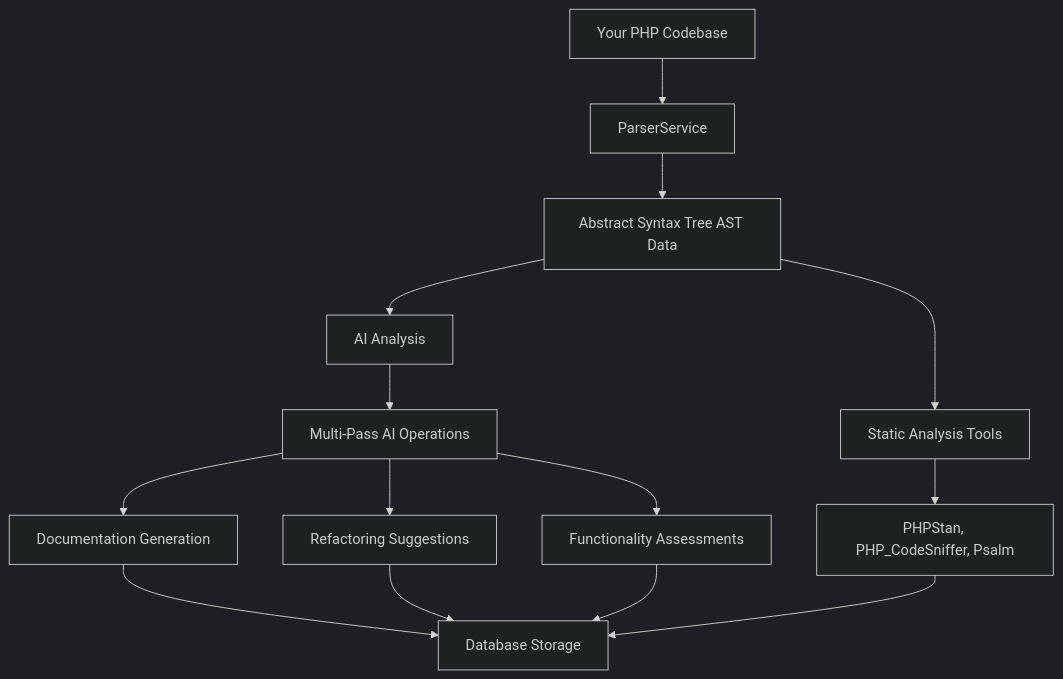
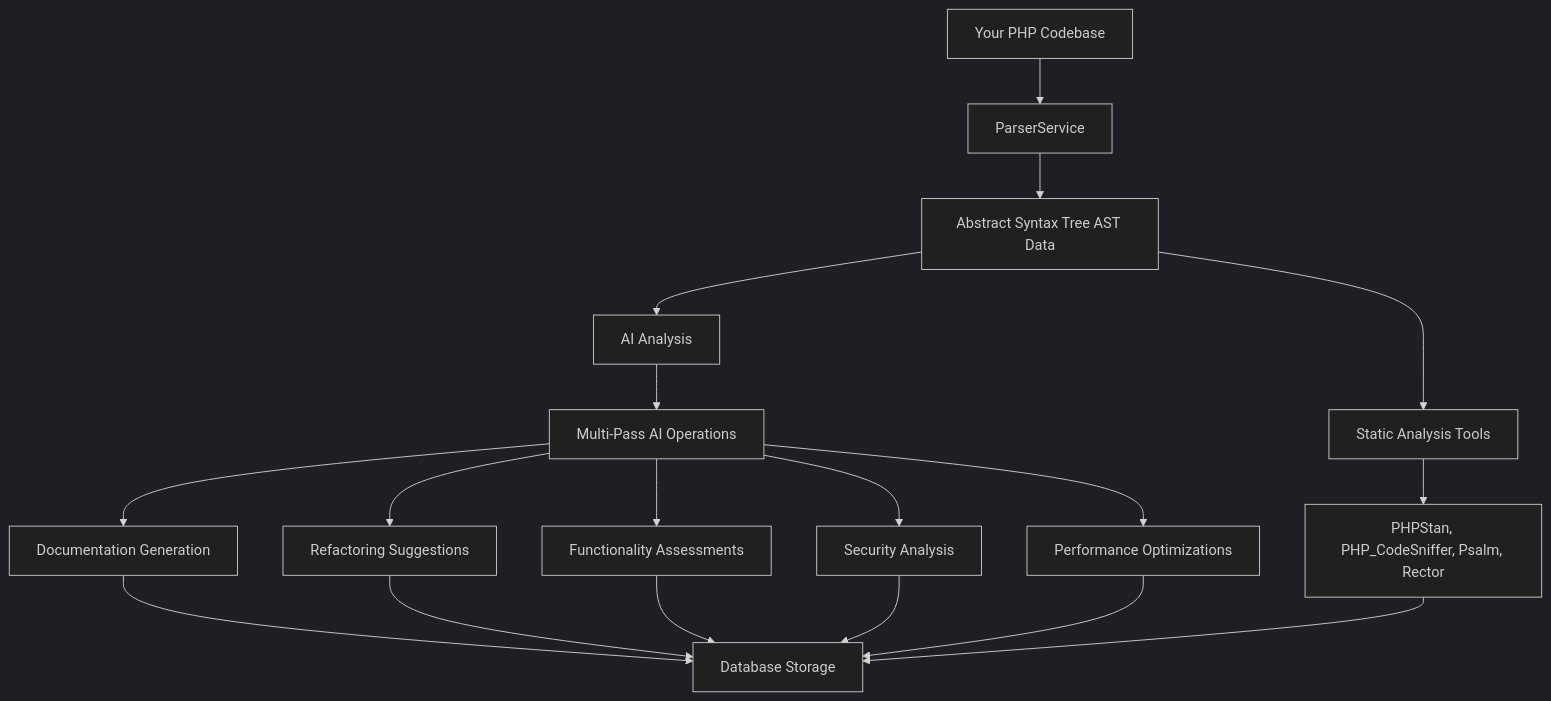
One commit to wallter/laravel-ai-code-analysis changed the first of 2 diagrams in README.md. Above: the diagram before and after it, drawn with Mermaid (dark theme). The commit also changed other lines of this file, not shown here.

Commit message:
docs: Update README.md to include new tools and usage instructions

````diff
--- a/README.md
+++ b/README.md
@@ -60,16 +62,20 @@
 ```mermaid
 graph TD;
     PHP_Codebase[Your PHP Codebase] --> ParserService;
     ParserService --> AST[Abstract Syntax Tree AST Data];
     AST --> StaticAnalysis[Static Analysis Tools];
     AST --> AI_Analysis[AI Analysis];
-    StaticAnalysis --> Tools[PHPStan, PHP_CodeSniffer, Psalm];
+    StaticAnalysis --> Tools[PHPStan, PHP_CodeSniffer, Psalm, Rector];
     AI_Analysis --> MultiPass[Multi-Pass AI Operations];
     MultiPass --> Documentation[Documentation Generation];
     MultiPass --> Refactoring[Refactoring Suggestions];
     MultiPass --> Functionality[Functionality Assessments];
+    MultiPass --> Security[Security Analysis];
+    MultiPass --> Performance[Performance Optimizations];
     Documentation --> Database[Database Storage];
     Refactoring --> Database;
     Functionality --> Database;
-    Tools[PHPStan, PHP_CodeSniffer, Psalm] --> Database;
+    Security --> Database;
+    Performance --> Database;
+    Tools[PHPStan, PHP_CodeSniffer, Psalm, Rector] --> Database;
 ```
````
